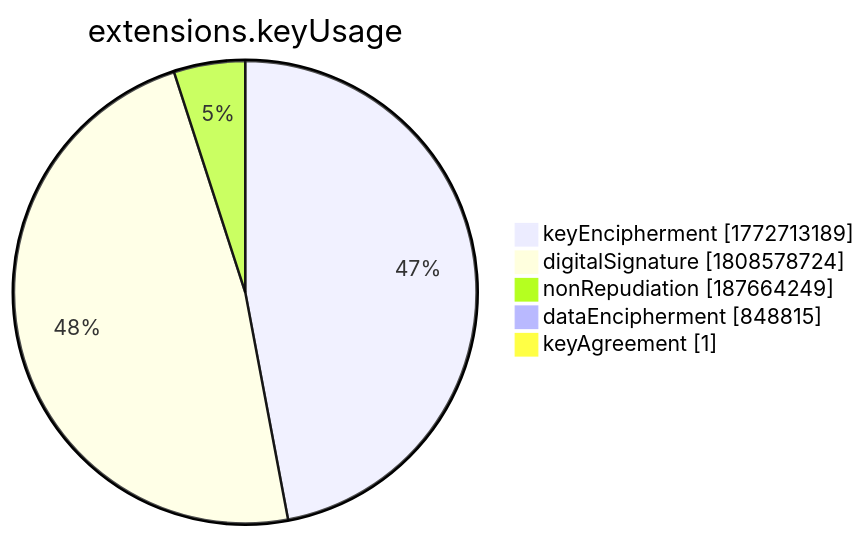
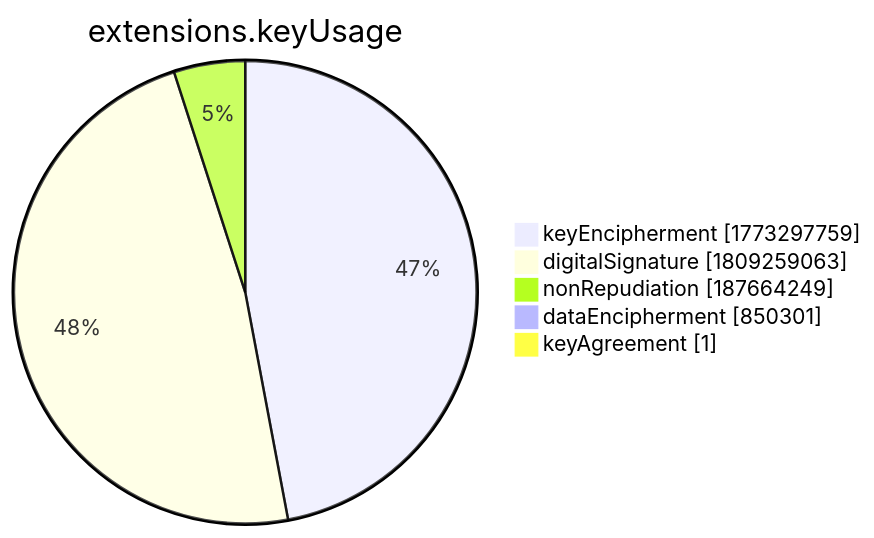
The seventh of 15 diagrams in xenon2022/README.md (christiankrug/ctmonitor_visualization), drawn with Mermaid before and after one commit. The commit also changed other lines of this file, not shown here.

````diff
--- a/xenon2022/README.md
+++ b/xenon2022/README.md
@@ -2859,9 +2859,9 @@
 ```mermaid
 pie showData
 title extensions.keyUsage
-"keyEncipherment" :1772713189
-"digitalSignature" :1808578724
+"keyEncipherment" :1773297759
+"digitalSignature" :1809259063
 "nonRepudiation" :187664249
-"dataEncipherment" :848815
+"dataEncipherment" :850301
 "keyAgreement" :1
 ```
````
